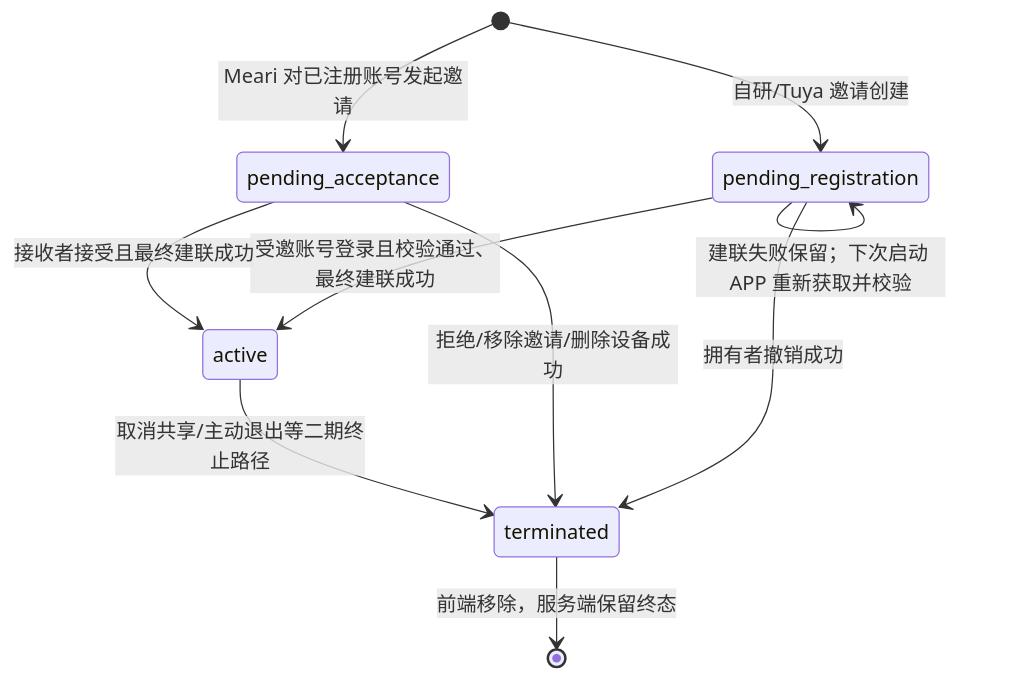
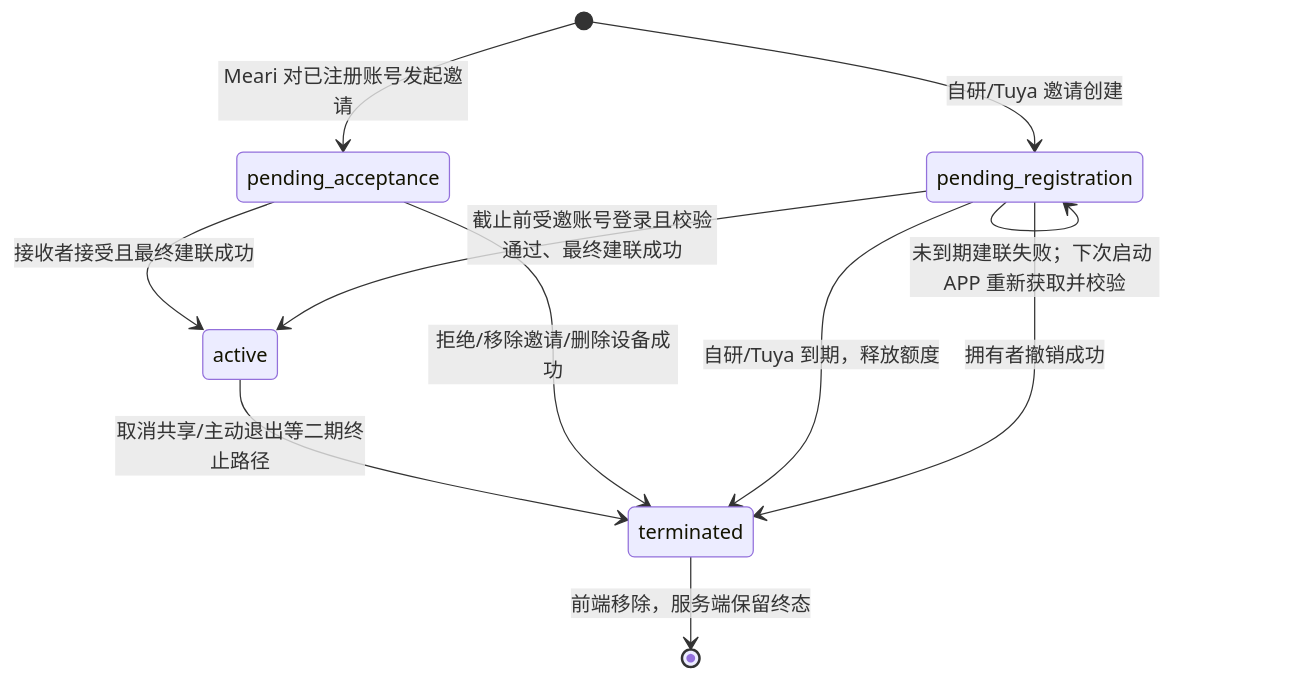
The fourth of 4 diagrams in prototypes/device-sharing-phase-3/prd.md (HawZZ/root-interactivable-prototype), drawn with Mermaid before and after one commit. The commit also changed other lines of this file and 5 other files, not shown here.

````diff
--- a/prototypes/device-sharing-phase-3/prd.md
+++ b/prototypes/device-sharing-phase-3/prd.md
@@ -196,12 +199,13 @@
 ```mermaid
 stateDiagram-v2
   [*] --> pending_registration: 自研/Tuya 邀请创建
-  pending_registration --> pending_registration: 建联失败保留；下次启动 APP 重新获取并校验
-  pending_registration --> active: 受邀账号登录且校验通过、最终建联成功
+  pending_registration --> pending_registration: 未到期建联失败；下次启动 APP 重新获取并校验
+  pending_registration --> active: 截止前受邀账号登录且校验通过、最终建联成功
   pending_registration --> terminated: 拥有者撤销成功
+  pending_registration --> terminated: 自研/Tuya 到期，释放额度
   [*] --> pending_acceptance: Meari 对已注册账号发起邀请
   pending_acceptance --> active: 接收者接受且最终建联成功
   pending_acceptance --> terminated: 拒绝/移除邀请/删除设备成功
   active --> terminated: 取消共享/主动退出等二期终止路径
   terminated --> [*]: 前端移除，服务端保留终态
 ```
````
